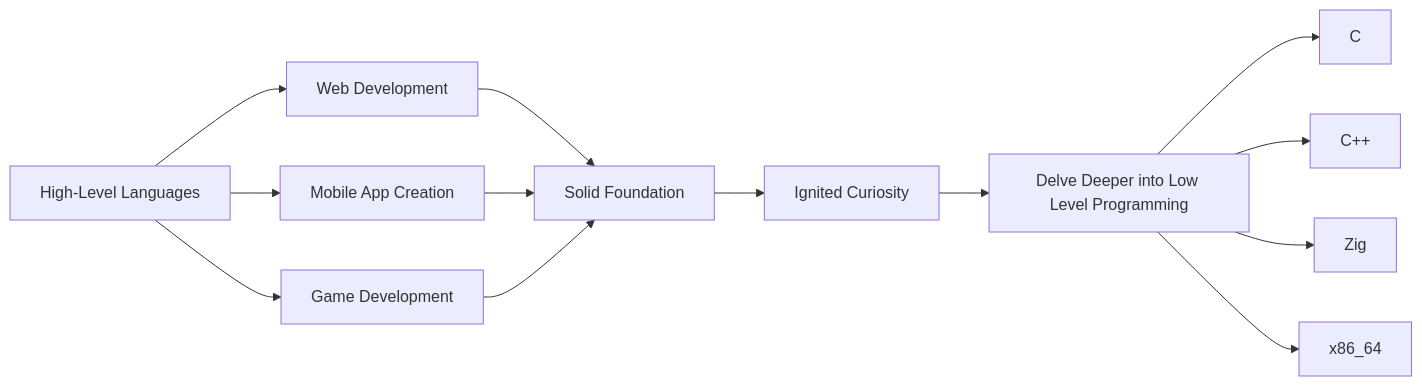
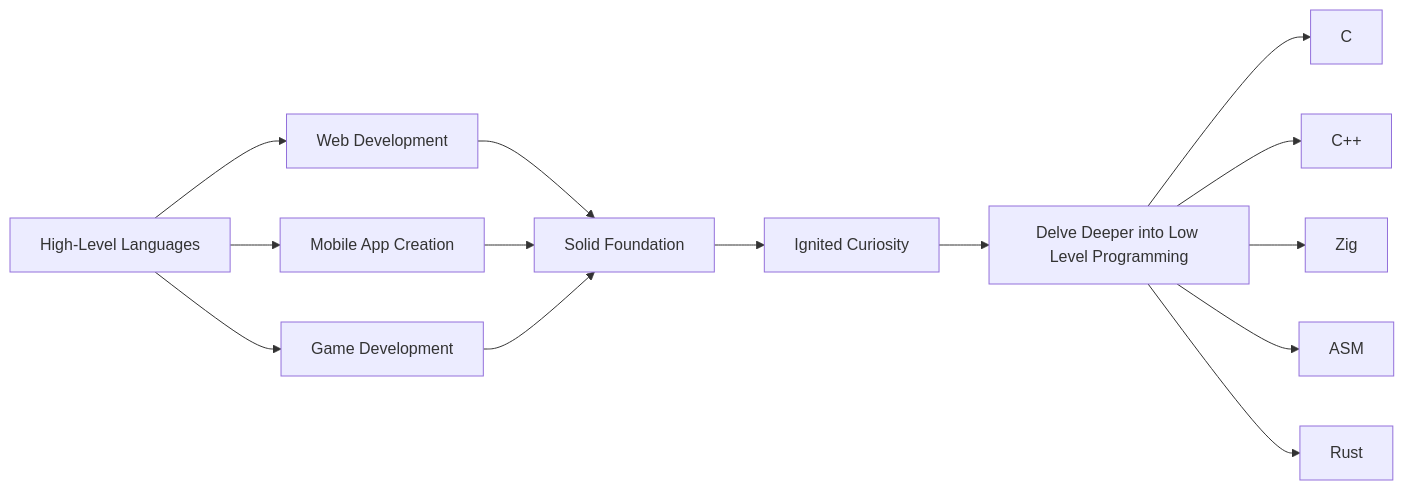
Before and after one commit to windows-fryer/windows-fryer: the diagram in README.md, drawn with Mermaid. The commit also changed other lines of this file, not shown here.

````diff
--- a/README.md
+++ b/README.md
@@ -21,10 +21,10 @@
 ```mermaid
 flowchart LR
     A["High-Level Languages"] --> B["Web Development"] & C["Mobile App Creation"] & D["Game Development"]
     B --> E["Solid Foundation"]
     C --> E
     D --> E
     E --> F["Ignited Curiosity"]
-    F --> G["Delve Deeper into Low Level Programming<br>"]
-    G --> H["C"] & I["C++"] & J["Zig"] & K["x86_64"]
+    F --> G["Delve Deeper into Low Level Programming"]
+    G --> H["C"] & I["C++"] & J["Zig"] & K["ASM"] & L["Rust"]
 ```
````
